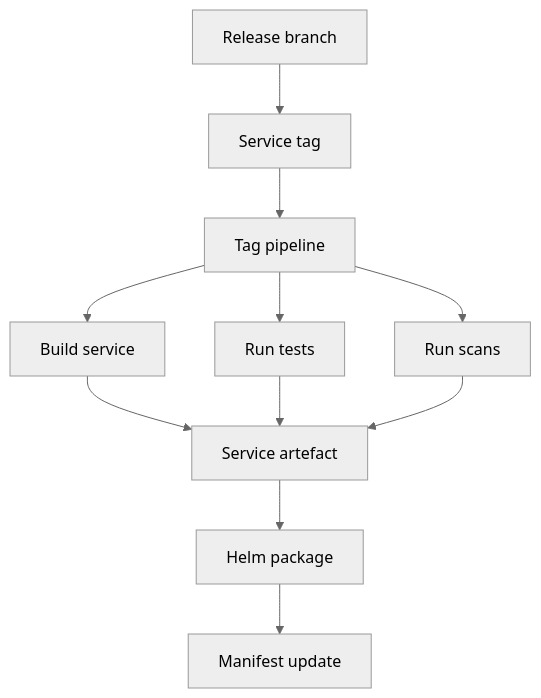
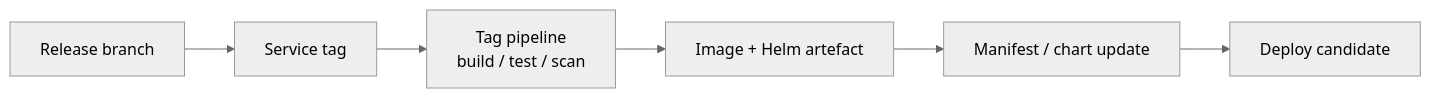
One commit to benanaktaspusulait/branching-strategy changed the second of 3 diagrams in docs/current-release-operating-model.md. Above: the diagram before and after it, drawn with Mermaid (neutral theme). The commit also changed other lines of this file and 19 other files, not shown here.

````diff
--- a/docs/current-release-operating-model.md
+++ b/docs/current-release-operating-model.md
@@ -167,13 +116,8 @@
 ```mermaid
-flowchart TD
+flowchart LR
   REL["Release branch"] --> TAG["Service tag"]
-  TAG --> PIPE["Tag pipeline"]
-  PIPE --> BUILD["Build service"]
-  PIPE --> TEST["Run tests"]
-  PIPE --> SCAN["Run scans"]
-  BUILD --> ART["Service artefact"]
-  TEST --> ART
-  SCAN --> ART
-  ART --> HELM["Helm package"]
-  HELM --> MAN["Manifest update"]
+  TAG --> PIPE["Tag pipeline<br/>build / test / scan"]
+  PIPE --> ART["Image + Helm artefact"]
+  ART --> MAN["Manifest / chart update"]
+  MAN --> DEPLOY["Deploy candidate"]
 ```
````
